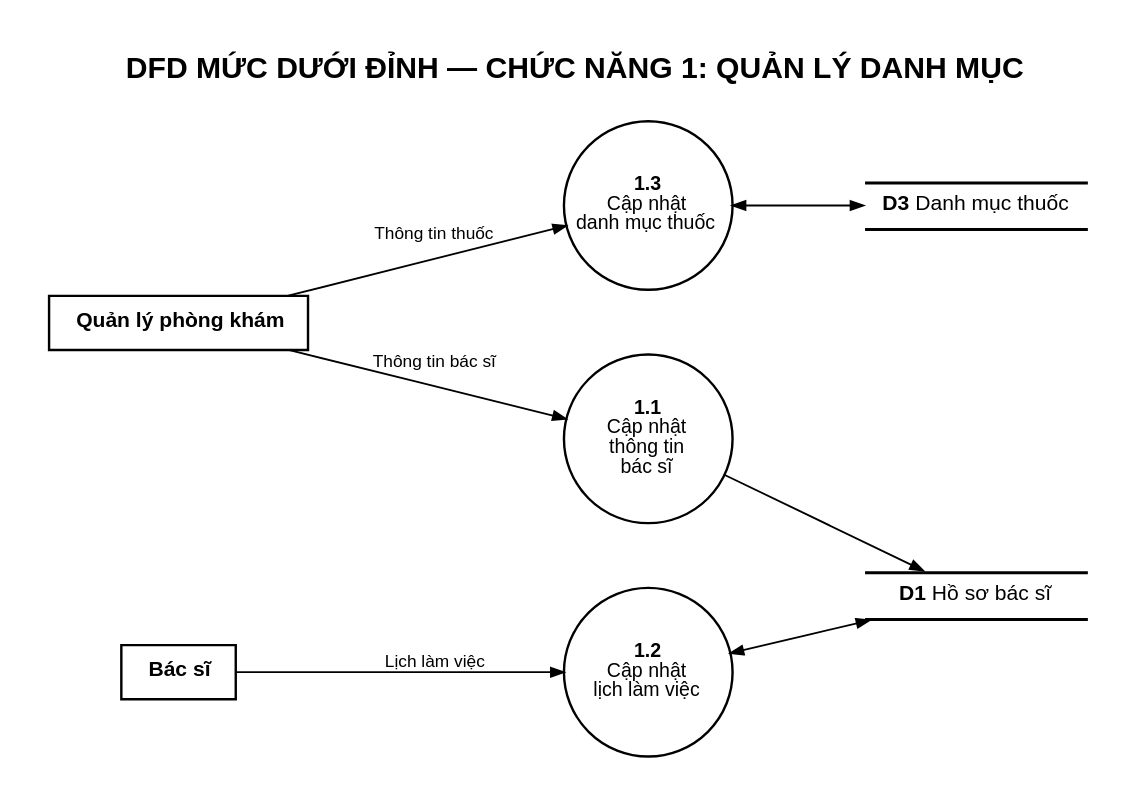
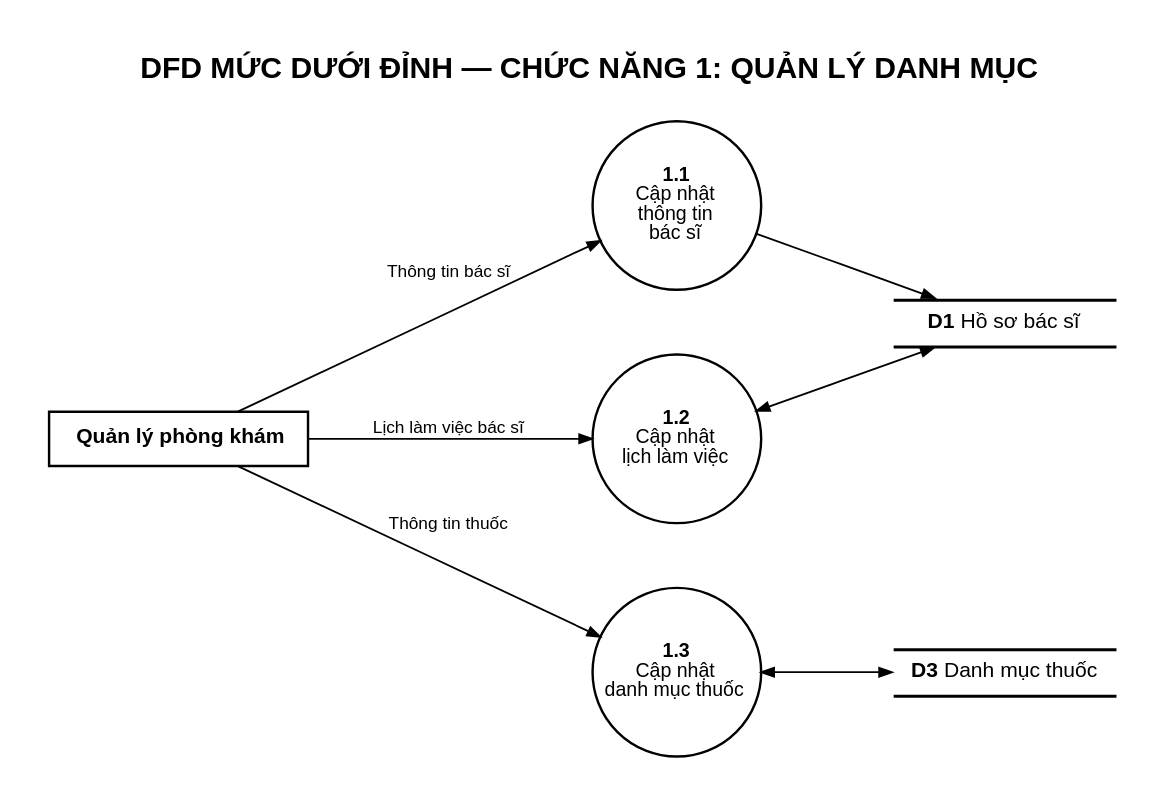
The diagram in nguon/04-DFD-muc-2-chuc-nang-1-quan-ly-danh-muc.gv (DamDucThinh/quan-ly-phong-kham), drawn with Graphviz before and after one commit. The commit also changed 147 other files, not shown here.

```diff
--- a/nguon/04-DFD-muc-2-chuc-nang-1-quan-ly-danh-muc.gv
+++ b/nguon/04-DFD-muc-2-chuc-nang-1-quan-ly-danh-muc.gv
@@ -1,18 +1,17 @@
 digraph G {
   graph [fontname="Arial", bgcolor="white", pad=0.35, labelloc=t, fontsize=20, label=<<B>DFD MỨC DƯỚI ĐỈNH — CHỨC NĂNG 1: QUẢN LÝ DANH MỤC</B><BR/> >, rankdir=LR, nodesep=0.6, ranksep=1.2];
   node [fontname="Arial", color="black"];
   edge [fontname="Arial", fontsize=11.5, arrowsize=0.85, penwidth=1.2];
   QL [shape=box, style="filled,bold", fillcolor="#ffffff", penwidth=1.6, margin="0.25,0.14", fontsize=14, label=<<B>Quản lý phòng khám</B>>];
-  BS [shape=box, style="filled,bold", fillcolor="#ffffff", penwidth=1.6, margin="0.25,0.14", fontsize=14, label=<<B>Bác sĩ</B>>];
   P11 [shape=circle, fixedsize=true, width=1.55, penwidth=1.6, fontsize=13, label=<<B>1.1</B><BR/>Cập nhật<BR/>thông tin<BR/>bác sĩ>];
   P12 [shape=circle, fixedsize=true, width=1.55, penwidth=1.6, fontsize=13, label=<<B>1.2</B><BR/>Cập nhật<BR/>lịch làm việc>];
   P13 [shape=circle, fixedsize=true, width=1.55, penwidth=1.6, fontsize=13, label=<<B>1.3</B><BR/>Cập nhật<BR/>danh mục thuốc>];
   D1 [shape=plain, label=<<TABLE BORDER="0" CELLBORDER="1" CELLSPACING="0" CELLPADDING="7"><TR><TD SIDES="TB" BORDER="2" WIDTH="150"><B>D1</B>  Hồ sơ bác sĩ</TD></TR></TABLE>>];
   D3 [shape=plain, label=<<TABLE BORDER="0" CELLBORDER="1" CELLSPACING="0" CELLPADDING="7"><TR><TD SIDES="TB" BORDER="2" WIDTH="150"><B>D3</B>  Danh mục thuốc</TD></TR></TABLE>>];
   QL -> P11 [label=<Thông tin bác sĩ>];
   P11 -> D1 [];
-  BS -> P12 [label=<Lịch làm việc>];
+  QL -> P12 [label=<Lịch làm việc bác sĩ>];
   P12 -> D1 [dir=both];
   QL -> P13 [label=<Thông tin thuốc>];
   P13 -> D3 [dir=both];
 }
```
